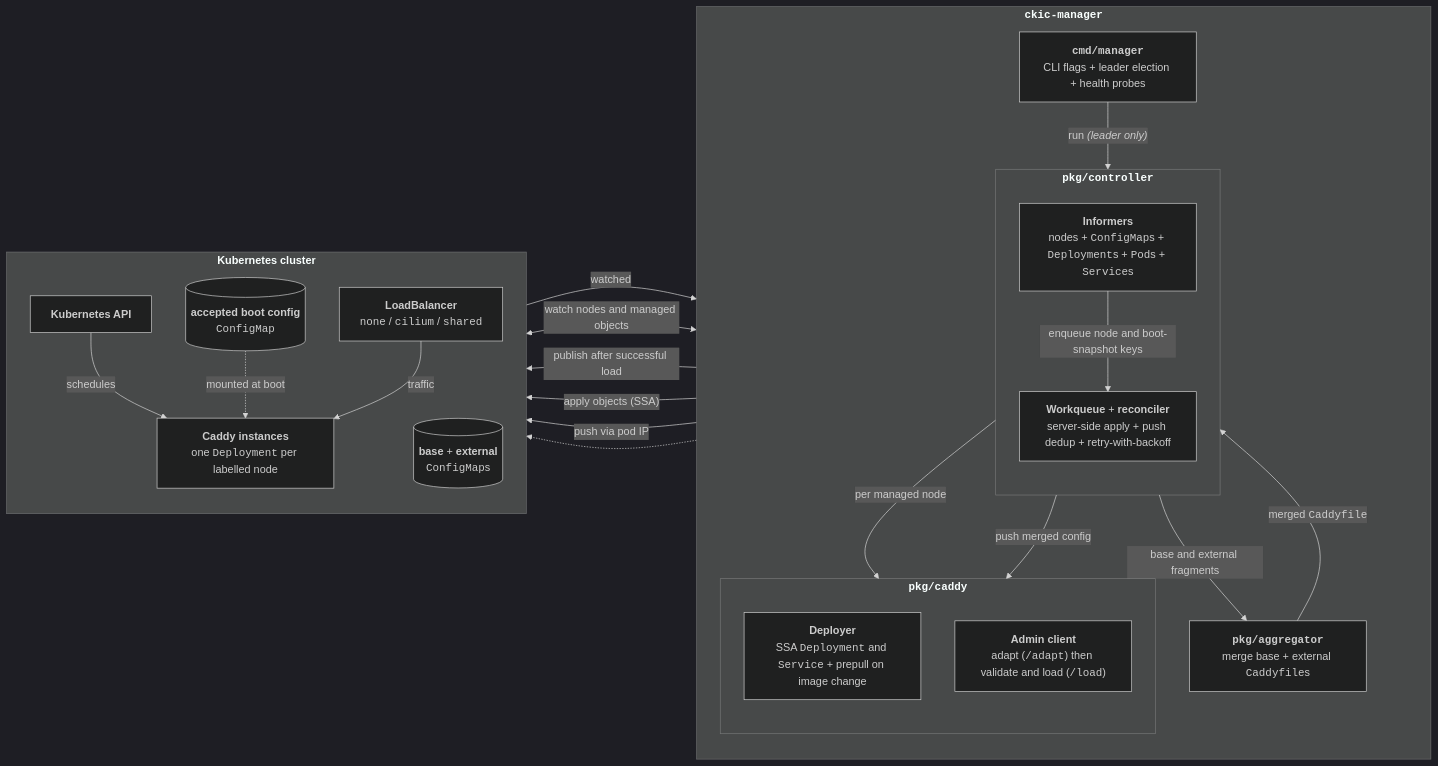
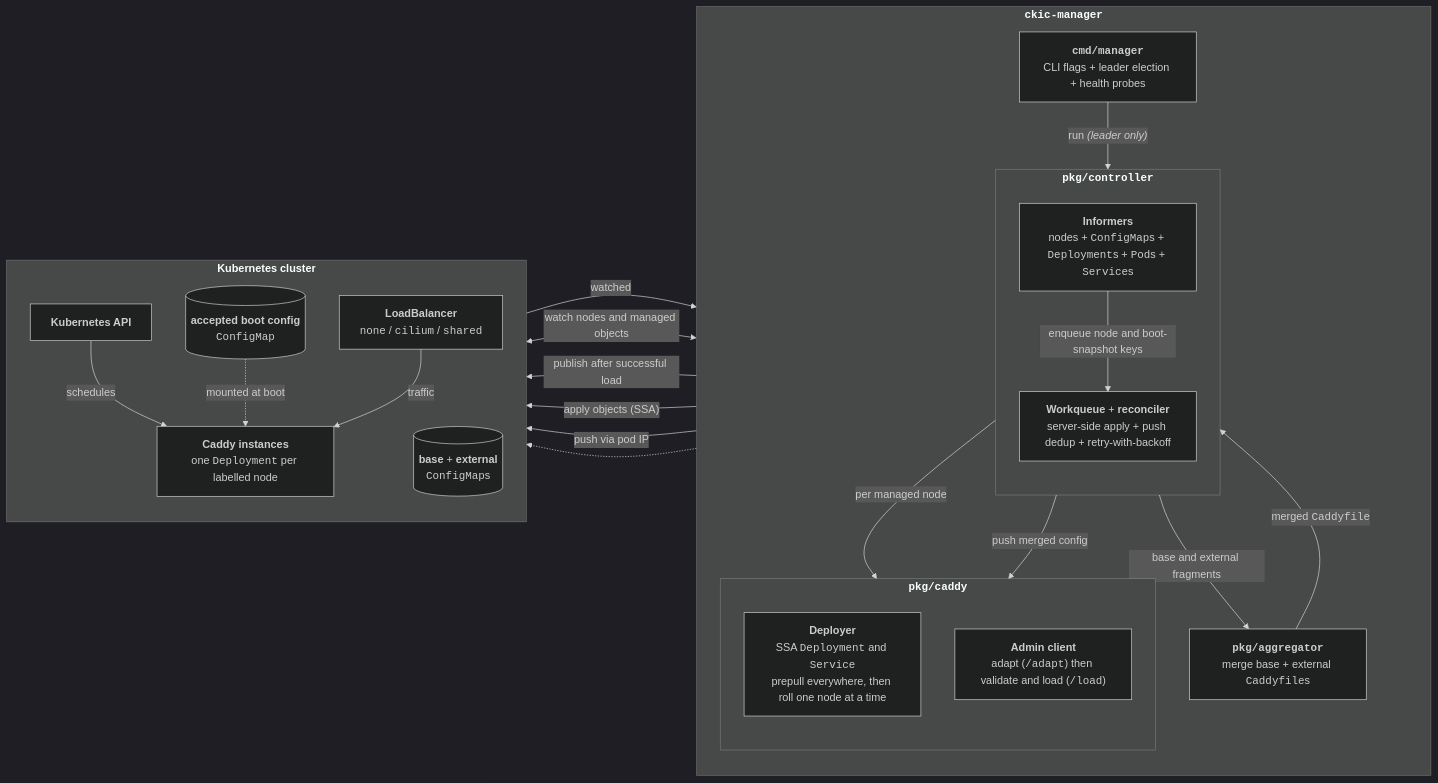
The diagram in README.md (vapronva/ckic), drawn with Mermaid (dark theme) before and after one commit. The commit also changed 15 other files, not shown here.

````diff
--- a/README.md
+++ b/README.md
@@ -7,41 +7,41 @@
 ```mermaid
 flowchart LR
     subgraph Manager["<b><code>ckic-manager</code></b>"]
         direction TB
         Entry["<b><code>cmd/manager</code></b><br/>CLI flags + leader election + health probes"]
         subgraph Ctrl["<b><code>pkg/controller</code></b>"]
             direction TB
             Informers["<b>Informers</b><br/>nodes + <code>ConfigMap</code>s + <code>Deployment</code>s + <code>Pod</code>s + <code>Service</code>s"]
             Reconciler["<b>Workqueue</b> + <b>reconciler</b><br/>server-side apply + push dedup + retry-with-backoff"]
         end
         Aggregator["<b><code>pkg/aggregator</code></b><br/>merge base + external <code>Caddyfile</code>s"]
         subgraph CaddyPkg["<b><code>pkg/caddy</code></b>"]
             direction TB
-            Deployer["<b>Deployer</b><br/>SSA <code>Deployment</code> and <code>Service</code> + prepull on image change"]
+            Deployer["<b>Deployer</b><br/>SSA <code>Deployment</code> and <code>Service</code><br/>prepull everywhere, then roll one node at a time"]
             Admin["<b>Admin client</b><br/>adapt (<code>/adapt</code>) then validate and load (<code>/load</code>)"]
         end
         Entry -->|"run <i>(leader only)</i>"| Reconciler
         Informers -->|"enqueue node and boot-snapshot keys"| Reconciler
         Informers -->|"base and external fragments"| Aggregator
         Aggregator -->|"merged <code>Caddyfile</code>"| Reconciler
         Reconciler -->|"per managed node"| Deployer
         Reconciler -->|"push merged config"| Admin
     end
     subgraph Cluster["<b>Kubernetes cluster</b>"]
         direction TB
         K8s["<b>Kubernetes API</b>"]
         ConfigMaps[("<b>base</b> + <b>external</b><br/><code>ConfigMap</code>s")]
         MirrorCM[("<b>accepted boot config</b><br/><code>ConfigMap</code>")]
         Instances["<b>Caddy instances</b><br/>one <code>Deployment</code> per labelled node"]
         LB["<b>LoadBalancer</b><br/><code>none</code> / <code>cilium</code> / <code>shared</code>"]
     end
     Informers <-->|"watch nodes and managed objects"| K8s
     ConfigMaps -->|"watched"| Informers
     Aggregator -->|"publish after successful load"| MirrorCM
     Deployer -->|"apply objects (SSA)"| K8s
     K8s -->|"schedules"| Instances
     MirrorCM -.->|"mounted at boot"| Instances
     Admin -->|"push via pod IP"| Instances
     Deployer -.-> LB
     LB -->|"traffic"| Instances
 ```
````
